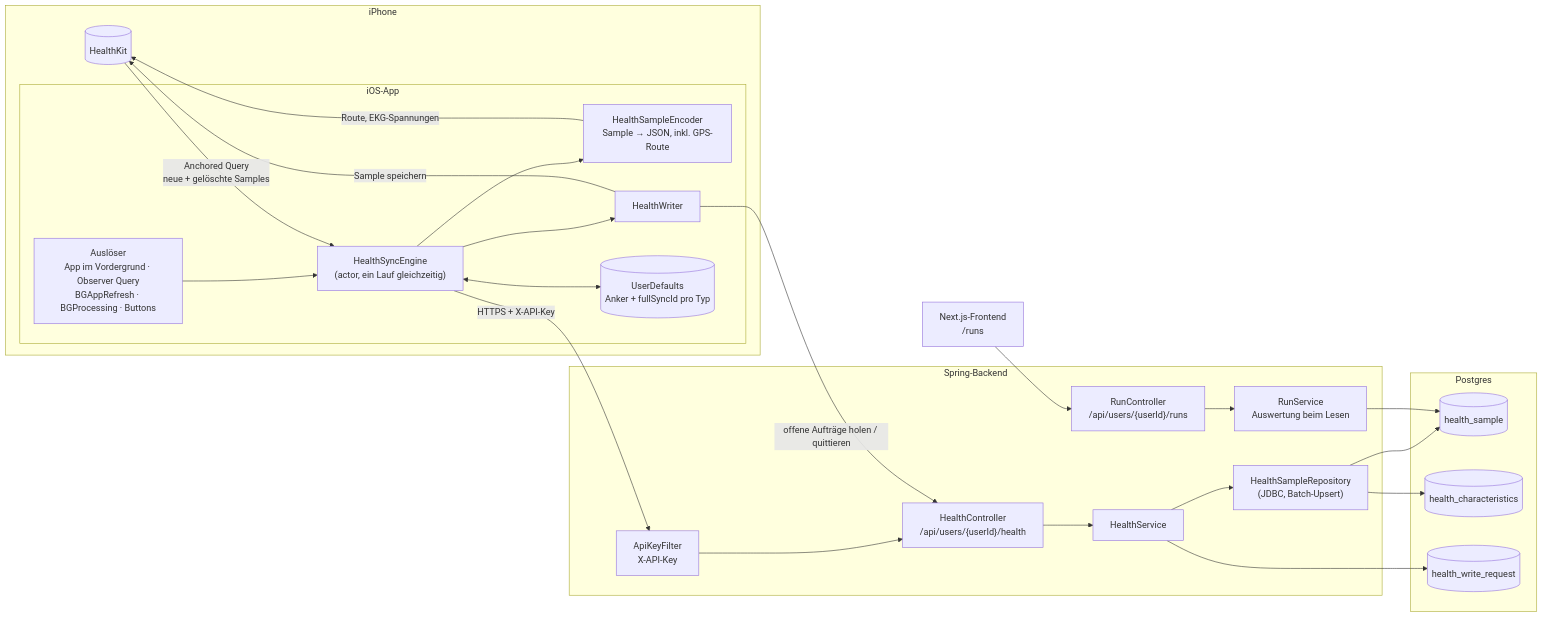
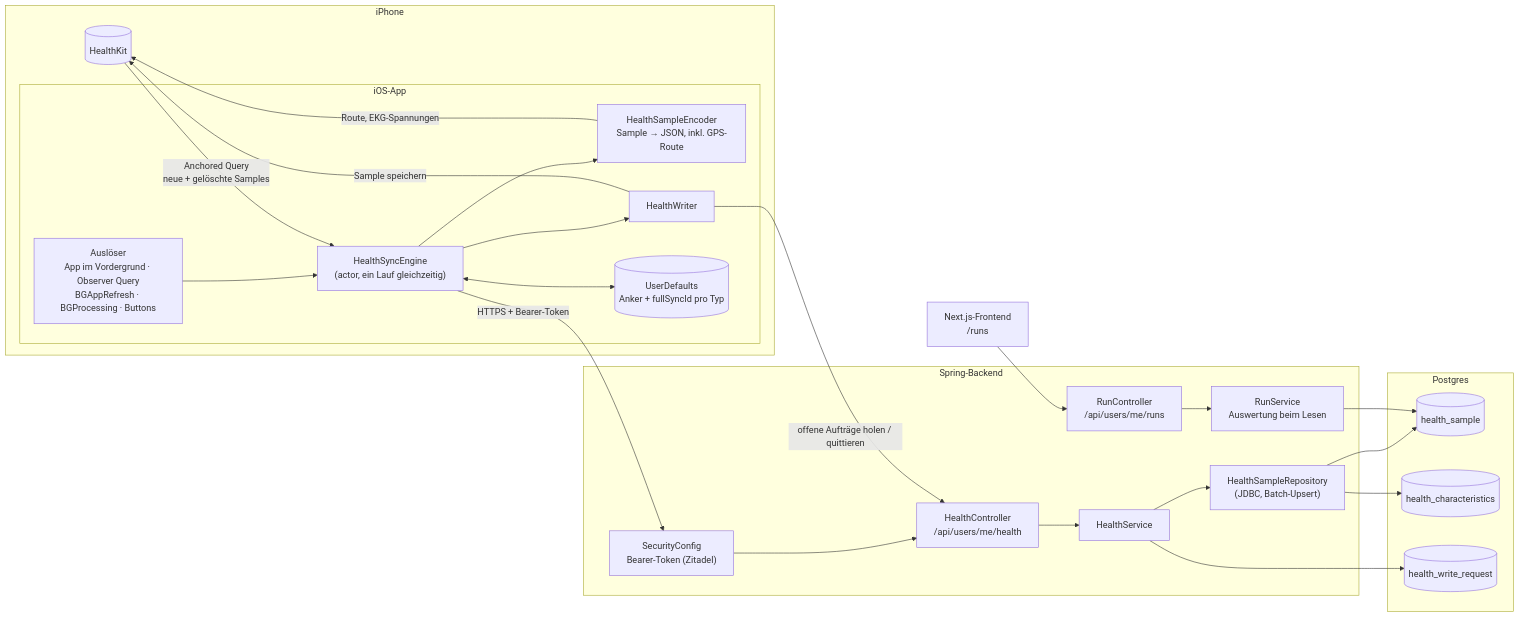
One commit to Dannyyy101/labs-101 changed the first of 3 diagrams in documents/health-sync.md. Above: the diagram before and after it, drawn with Mermaid. The commit also changed other lines of this file and 91 other files, not shown here.

````diff
--- a/documents/health-sync.md
+++ b/documents/health-sync.md
@@ -9,45 +9,45 @@
 ```mermaid
 flowchart LR
     subgraph iPhone["iPhone"]
         HK[(HealthKit)]
         subgraph App["iOS-App"]
             Trigger["Auslöser<br/>App im Vordergrund · Observer Query<br/>BGAppRefresh · BGProcessing · Buttons"]
             Engine["HealthSyncEngine<br/>(actor, ein Lauf gleichzeitig)"]
             Encoder["HealthSampleEncoder<br/>Sample → JSON, inkl. GPS-Route"]
             Writer["HealthWriter"]
             State[("UserDefaults<br/>Anker + fullSyncId pro Typ")]
         end
     end
 
     subgraph Backend["Spring-Backend"]
-        Filter["ApiKeyFilter<br/>X-API-Key"]
-        HC["HealthController<br/>/api/users/{userId}/health"]
+        Filter["SecurityConfig<br/>Bearer-Token (Zitadel)"]
+        HC["HealthController<br/>/api/users/me/health"]
         HS["HealthService"]
         Repo["HealthSampleRepository<br/>(JDBC, Batch-Upsert)"]
-        RC["RunController<br/>/api/users/{userId}/runs"]
+        RC["RunController<br/>/api/users/me/runs"]
         RS["RunService<br/>Auswertung beim Lesen"]
     end
 
     subgraph DB["Postgres"]
         Samples[("health_sample")]
         Chars[("health_characteristics")]
         WR[("health_write_request")]
     end
 
     Web["Next.js-Frontend<br/>/runs"]
 
     Trigger --> Engine
     HK -- "Anchored Query<br/>neue + gelöschte Samples" --> Engine
     Engine <--> State
     Engine --> Encoder
     Encoder -- "Route, EKG-Spannungen" --> HK
-    Engine -- "HTTPS + X-API-Key" --> Filter --> HC --> HS --> Repo
+    Engine -- "HTTPS + Bearer-Token" --> Filter --> HC --> HS --> Repo
     Repo --> Samples
     Repo --> Chars
     HS --> WR
     Writer -- "offene Aufträge holen / quittieren" --> HC
     Writer -- "Sample speichern" --> HK
     Engine --> Writer
 
     Web --> RC --> RS --> Samples
 ```
````
